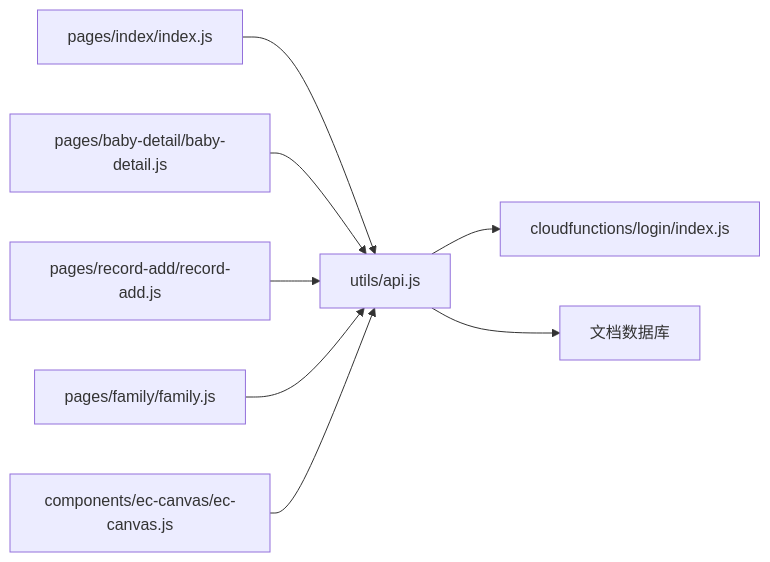
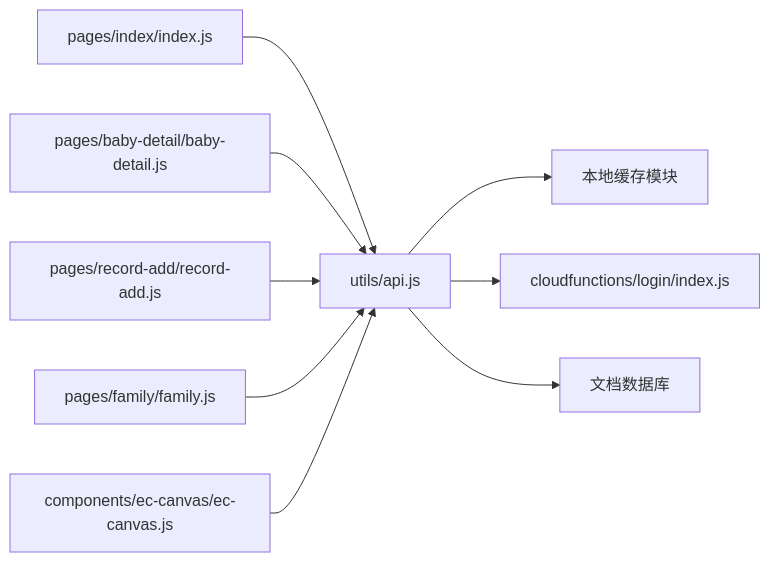
The eighth of 8 diagrams in .qoder/repowiki/zh/content/性能优化/缓存策略设计.md (zhangxin19911211-creator/Project_BabyAssistant), drawn with Mermaid before and after one commit. The commit also changed other lines of this file and 24 other files, not shown here.

````diff
--- a/.qoder/repowiki/zh/content/性能优化/缓存策略设计.md
+++ b/.qoder/repowiki/zh/content/性能优化/缓存策略设计.md
@@ -220,10 +264,11 @@
 ```mermaid
 graph LR
 Page_Index["pages/index/index.js"] --> API["utils/api.js"]
 Page_Detail["pages/baby-detail/baby-detail.js"] --> API
 Page_Record["pages/record-add/record-add.js"] --> API
 Page_Family["pages/family/family.js"] --> API
+API --> Cache["本地缓存模块"]
 API --> CF_Login["cloudfunctions/login/index.js"]
 API --> DB["文档数据库"]
 Comp_EC["components/ec-canvas/ec-canvas.js"] --> API
 ```
````
